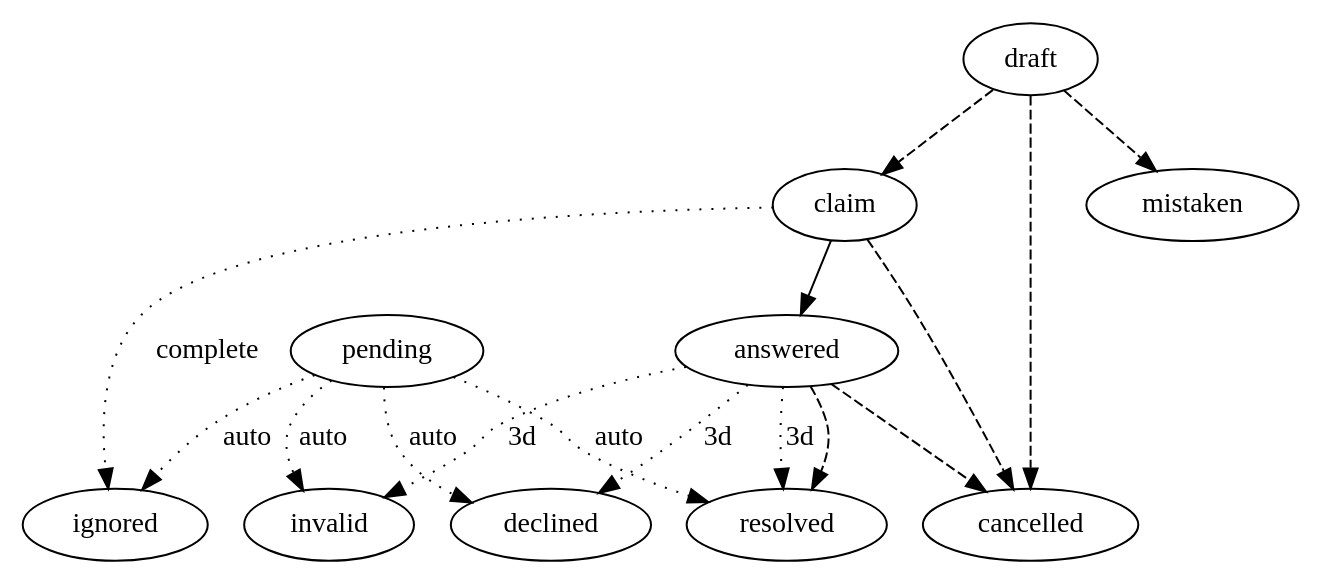
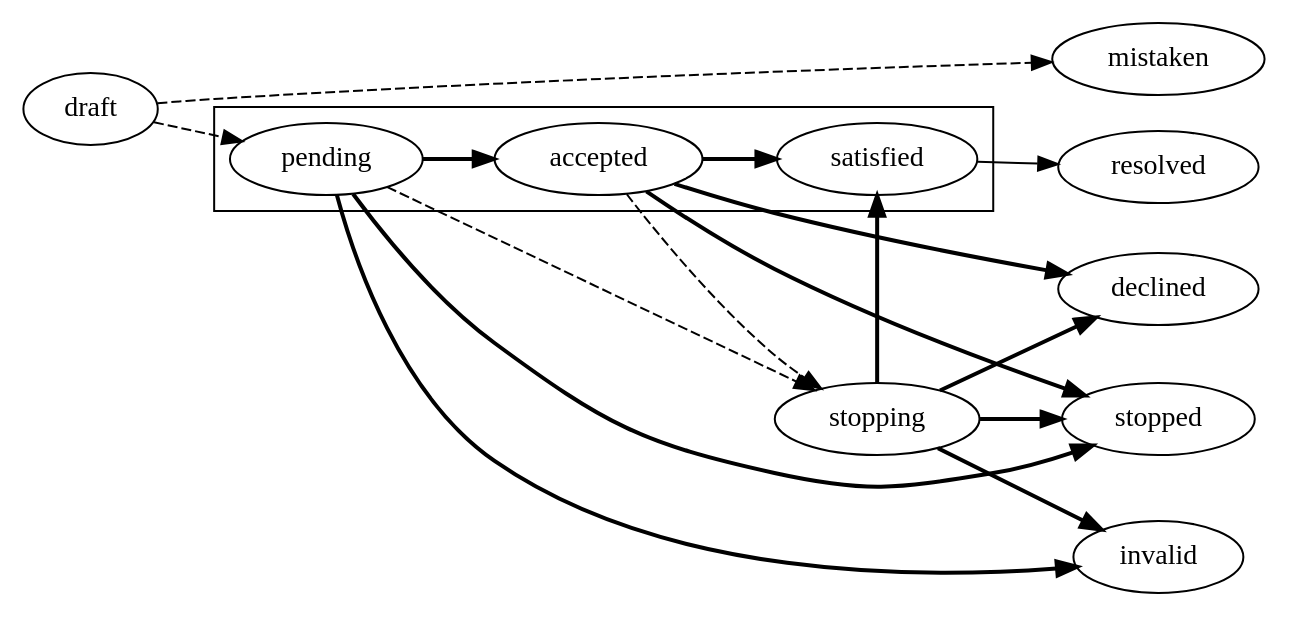
The third of 3 diagrams in docs/source/tendering/basic-actions/complaints.rst (ProzorroUKR/openprocurement.api), drawn with Graphviz before and after one commit. The commit also changed other lines of this file and 208 other files, not shown here.

```diff
--- a/docs/source/tendering/basic-actions/complaints.rst
+++ b/docs/source/tendering/basic-actions/complaints.rst
@@ -34,16 +90,18 @@
 .. graphviz::
 
     digraph G {
-        claim -> answered;
+        rankdir=LR;
+        {rank=same; mistaken; invalid; resolved; declined; stopped;}
+        subgraph cluster_complaint {
+            pending; satisfied; accepted;
+        }
+        satisfied -> resolved;
         edge[style=dashed];
-        draft -> {claim,mistaken};
-        answered -> resolved;
-        {draft,claim,answered} -> cancelled; 
-        edge[label="3d" style=dotted];
-        answered -> {resolved, invalid, declined};
-        edge[label="complete" style=dotted];
-        claim -> ignored;
-        edge[label="auto" style=dotted];
-        pending -> ignored;
-        pending -> {resolved, invalid, declined};
+        draft -> {pending,mistaken};
+        pending -> stopping;
+        accepted -> stopping;
+        edge[style=bold];
+        accepted -> {declined,satisfied,stopped};
+        pending -> {accepted,invalid,stopped};
+        stopping -> {stopped,invalid,declined,satisfied};
     }
```
